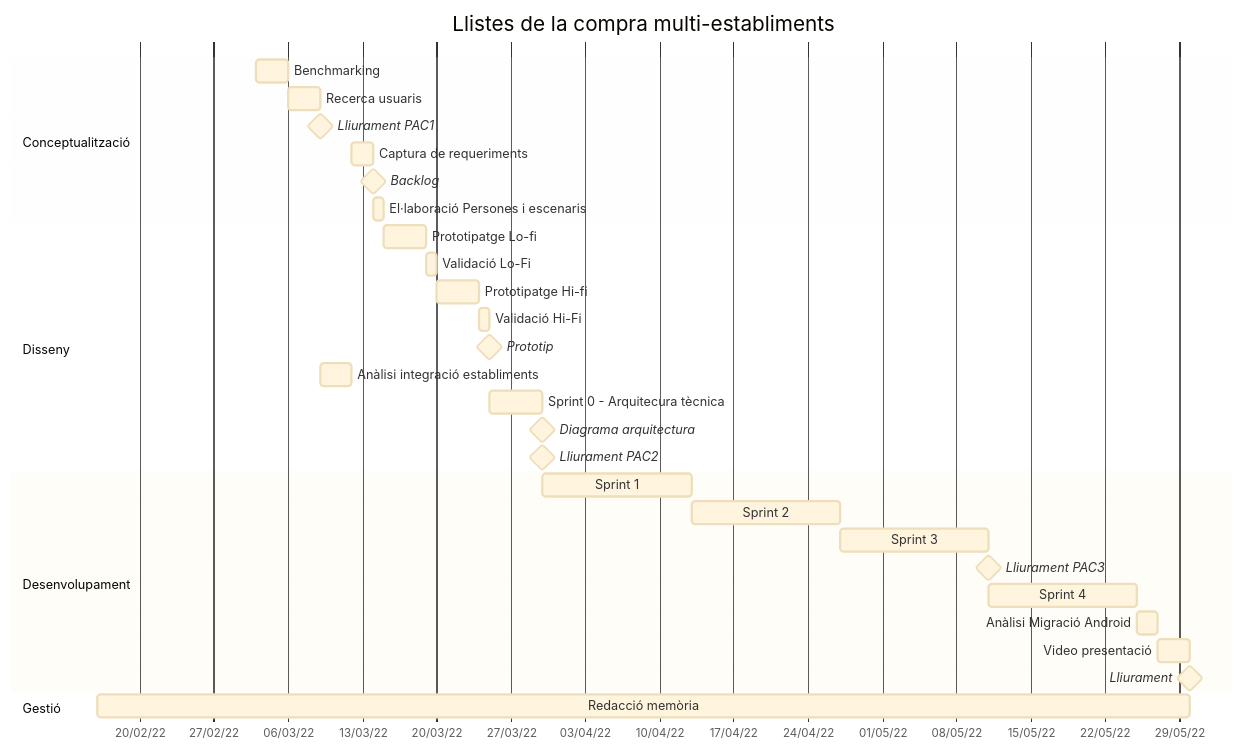
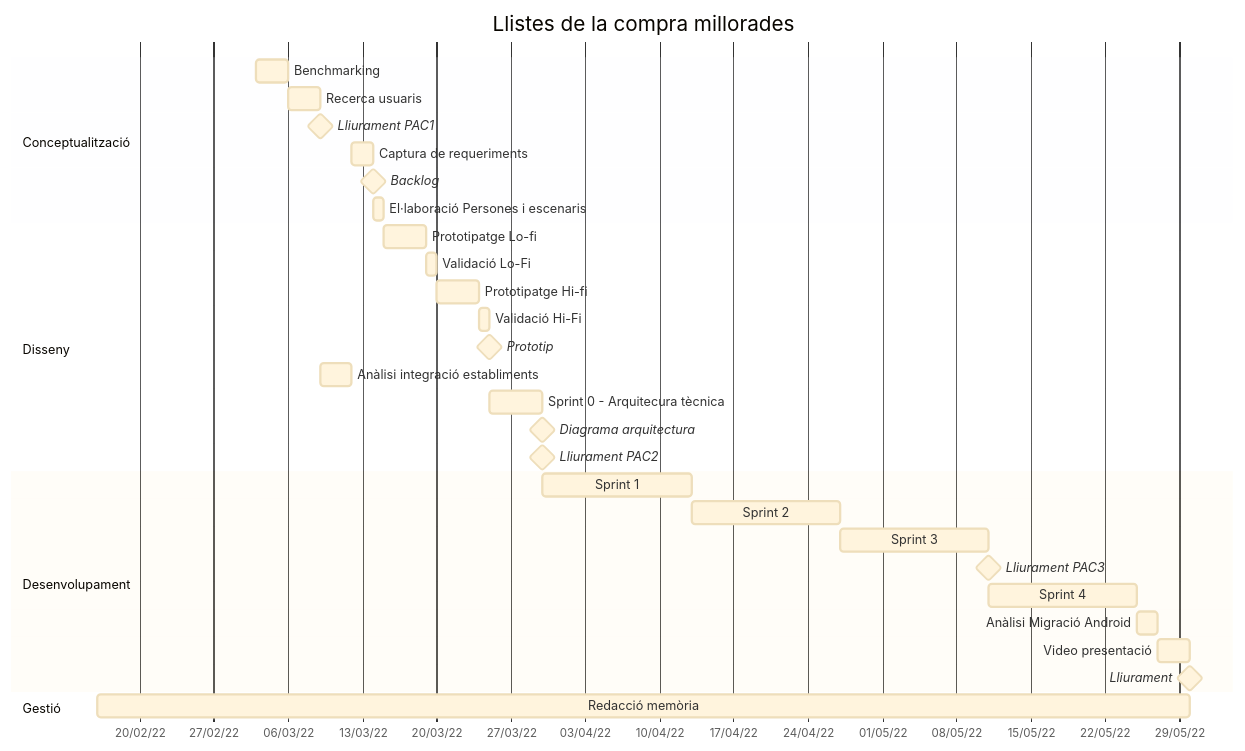
The diagram in PLANNING.md (xaviaracil/better-shopping-list), drawn with Mermaid before and after one commit.

````diff
--- a/PLANNING.md
+++ b/PLANNING.md
@@ -1,36 +1,36 @@
 ```mermaid
 %%{init: {'theme':'base'}}%%
 gantt
 dateFormat  DD-MM-YYYY
 axisFormat  %d/%m/%y
 todayMarker off
-title Llistes de la compra multi-establiments
+title Llistes de la compra millorades
 section Conceptualització
 Benchmarking: c0, 03-03-2022, 3d
 Recerca usuaris: c1, after c0, 3d
 Lliurament PAC1 : milestone, m1, 09-03-2022, 2min
 Captura de requeriments : c1, after d0, 2d
 Backlog: milestone, backlog, after c1, 2min
 El·laboració Persones i escenaris : c3, after c1, 1d
 section Disseny
 Prototipatge Lo-fi: d1, after c3, 4d
 Validació Lo-Fi: d2, after d1, 1d
 Prototipatge Hi-fi: d3, after d2, 4d
 Validació Hi-Fi: d4, after d3, 1d
 Prototip: milestone, prototip, after d4, 2min
 Anàlisi integració establiments : d0, after m1, 3d
 Sprint 0 - Arquitecura tècnica : d5, after d4, 5d
 Diagrama arquitectura: milestone, arch, after d5, 2min
 Lliurament PAC2 : milestone, m2, 30-03-2022, 2min
 section Desenvolupament
 Sprint 1: devel1, after m2, 14d
 Sprint 2: devel2, after devel1, 14d
 Sprint 3: devel3, after devel2, 14d
 Lliurament PAC3 : milestone, m3, 11-05-2022, 2min
 Sprint 4: devel4, after m3, 14d
 Anàlisi Migració Android : migracio, after devel4, 2d
 Video presentació : video, after migracio, 3d
 Lliurament : milestone, mFinal, 30-05-2022, 2min
 section Gestió
 Redacció memòria: memoria, 16-02-2022, 30-05-2022
 ```
````
